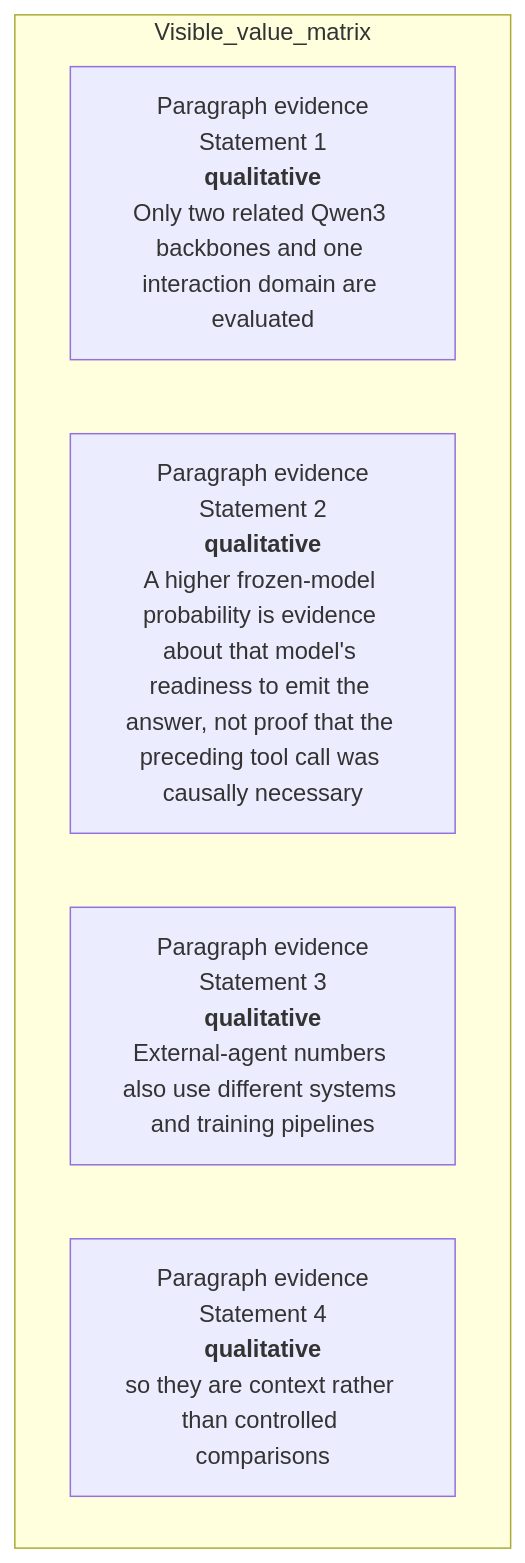
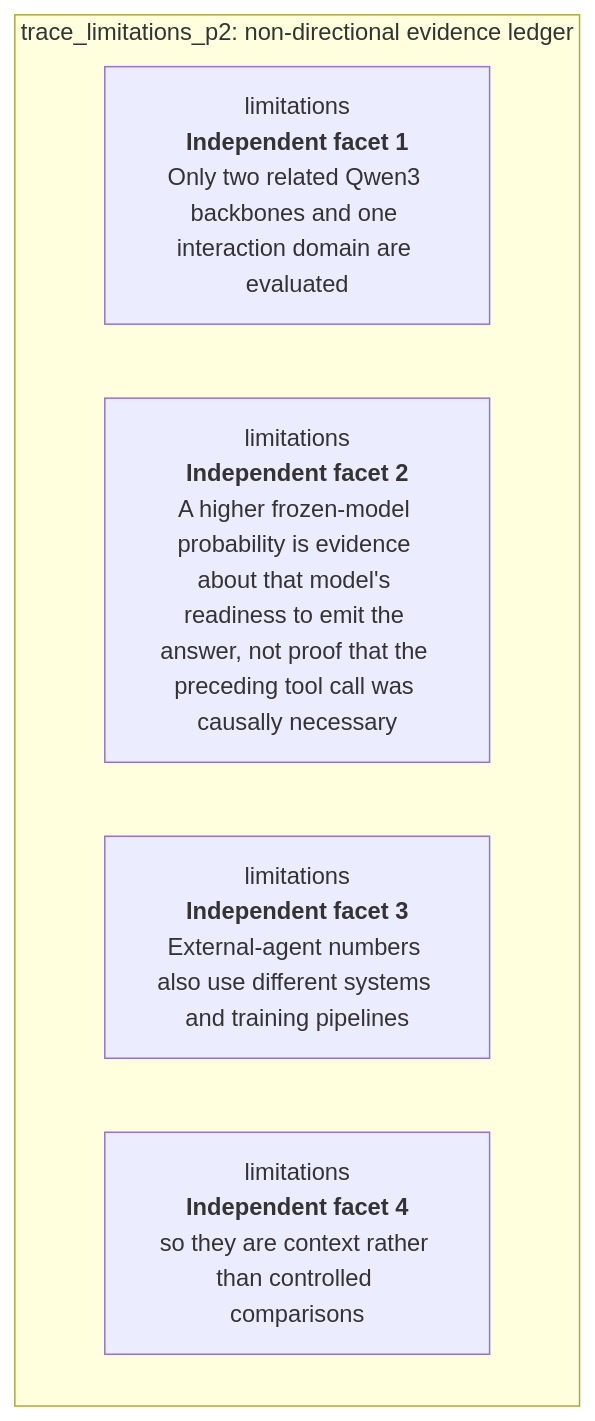
One commit to Betancourt1/paper_atlas changed diagram 41 of 48 in docs/visual-manifests/VISUAL_MANIFEST_TRACE.md. Above: the diagram before and after it, drawn with Mermaid. The commit also changed other lines of this file and 7 other files, not shown here.

````diff
--- a/docs/visual-manifests/VISUAL_MANIFEST_TRACE.md
+++ b/docs/visual-manifests/VISUAL_MANIFEST_TRACE.md
@@ -3374,9 +3509,9 @@
 ```mermaid
 flowchart TB
-  subgraph Visible_value_matrix
-    r1["Paragraph evidence<br/>Statement 1<br/><b>qualitative</b><br/>Only two related Qwen3 backbones and one interaction domain are evaluated"]
-    r2["Paragraph evidence<br/>Statement 2<br/><b>qualitative</b><br/>A higher frozen-model probability is evidence about that model's readiness to emit the answer, not proof that the preceding tool call was causally necessary"]
-    r3["Paragraph evidence<br/>Statement 3<br/><b>qualitative</b><br/>External-agent numbers also use different systems and training pipelines"]
-    r4["Paragraph evidence<br/>Statement 4<br/><b>qualitative</b><br/>so they are context rather than controlled comparisons"]
+  subgraph Ledger["trace_limitations_p2: non-directional evidence ledger"]
+    r1["limitations<br/><b>Independent facet 1</b><br/>Only two related Qwen3 backbones and one interaction domain are evaluated"]
+    r2["limitations<br/><b>Independent facet 2</b><br/>A higher frozen-model probability is evidence about that model's readiness to emit the answer, not proof that the preceding tool call was causally necessary"]
+    r3["limitations<br/><b>Independent facet 3</b><br/>External-agent numbers also use different systems and training pipelines"]
+    r4["limitations<br/><b>Independent facet 4</b><br/>so they are context rather than controlled comparisons"]
   end
 ```
````
